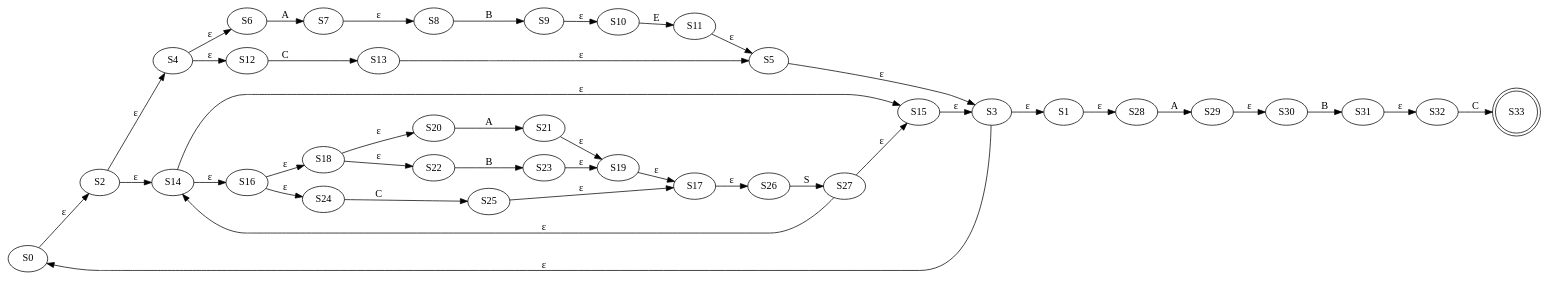
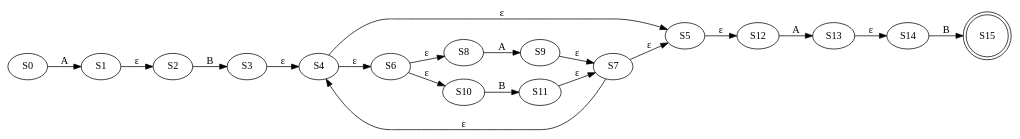
Before and after one commit to Mamdouh-Attia/regex_NFA_DFA_generator: the diagram in regex_to_min_dfa/Digraph.gv, drawn with Graphviz. The commit also changed 12 other files, not shown here.

```diff
--- a/regex_to_min_dfa/Digraph.gv
+++ b/regex_to_min_dfa/Digraph.gv
@@ -1,77 +1,37 @@
 digraph {
 	graph [rankdir=LR]
 	S0
 	S1
 	S2
 	S3
 	S4
 	S5
 	S6
 	S7
 	S8
 	S9
 	S10
 	S11
 	S12
 	S13
 	S14
-	S15
-	S16
-	S17
-	S18
-	S19
-	S20
-	S21
-	S22
-	S23
-	S24
-	S25
-	S26
-	S27
-	S28
-	S29
-	S30
-	S31
-	S32
-	S33 [shape=doublecircle]
-	S0 -> S2 [label="ε"]
-	S1 -> S28 [label="ε"]
-	S2 -> S4 [label="ε"]
-	S2 -> S14 [label="ε"]
-	S3 -> S1 [label="ε"]
-	S3 -> S0 [label="ε"]
+	S15 [shape=doublecircle]
+	S0 -> S1 [label=A]
+	S1 -> S2 [label="ε"]
+	S2 -> S3 [label=B]
+	S3 -> S4 [label="ε"]
 	S4 -> S6 [label="ε"]
-	S4 -> S12 [label="ε"]
-	S5 -> S3 [label="ε"]
-	S6 -> S7 [label=A]
-	S7 -> S8 [label="ε"]
-	S8 -> S9 [label=B]
-	S9 -> S10 [label="ε"]
-	S10 -> S11 [label=E]
-	S11 -> S5 [label="ε"]
-	S12 -> S13 [label=C]
-	S13 -> S5 [label="ε"]
-	S14 -> S16 [label="ε"]
-	S14 -> S15 [label="ε"]
-	S15 -> S3 [label="ε"]
-	S16 -> S18 [label="ε"]
-	S16 -> S24 [label="ε"]
-	S17 -> S26 [label="ε"]
-	S18 -> S20 [label="ε"]
-	S18 -> S22 [label="ε"]
-	S19 -> S17 [label="ε"]
-	S20 -> S21 [label=A]
-	S21 -> S19 [label="ε"]
-	S22 -> S23 [label=B]
-	S23 -> S19 [label="ε"]
-	S24 -> S25 [label=C]
-	S25 -> S17 [label="ε"]
-	S26 -> S27 [label=S]
-	S27 -> S14 [label="ε"]
-	S27 -> S15 [label="ε"]
-	S28 -> S29 [label=A]
-	S29 -> S30 [label="ε"]
-	S30 -> S31 [label=B]
-	S31 -> S32 [label="ε"]
-	S32 -> S33 [label=C]
+	S4 -> S5 [label="ε"]
+	S5 -> S12 [label="ε"]
+	S6 -> S8 [label="ε"]
+	S6 -> S10 [label="ε"]
+	S7 -> S4 [label="ε"]
+	S7 -> S5 [label="ε"]
+	S8 -> S9 [label=A]
+	S9 -> S7 [label="ε"]
+	S10 -> S11 [label=B]
+	S11 -> S7 [label="ε"]
+	S12 -> S13 [label=A]
+	S13 -> S14 [label="ε"]
+	S14 -> S15 [label=B]
 }
```
